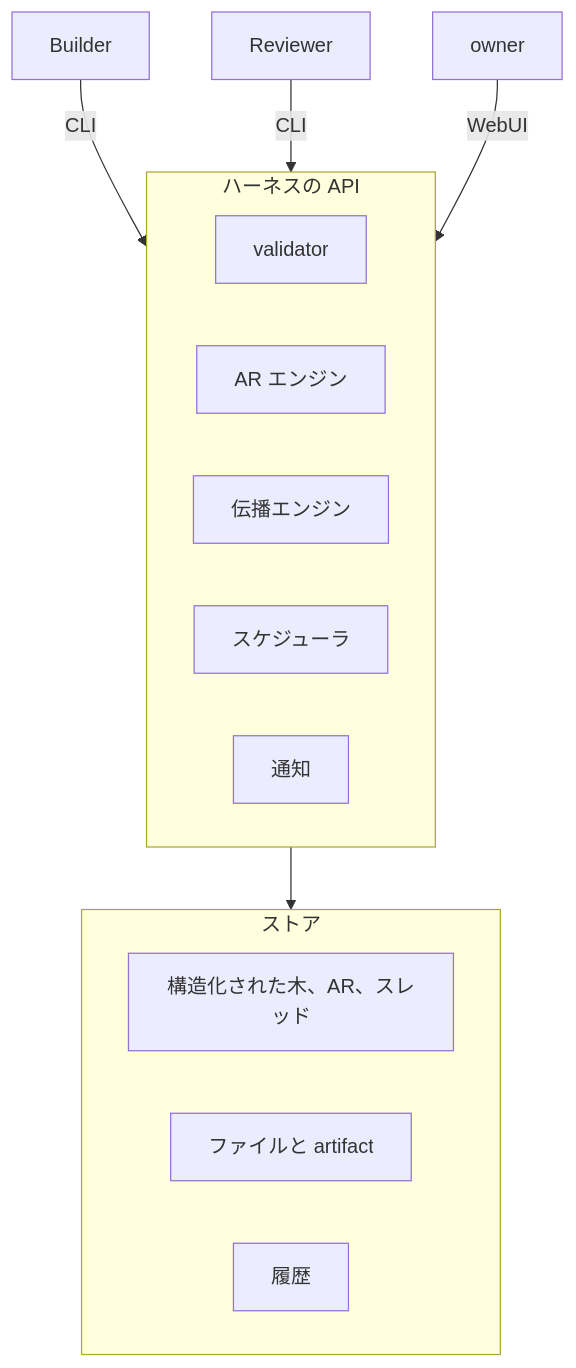
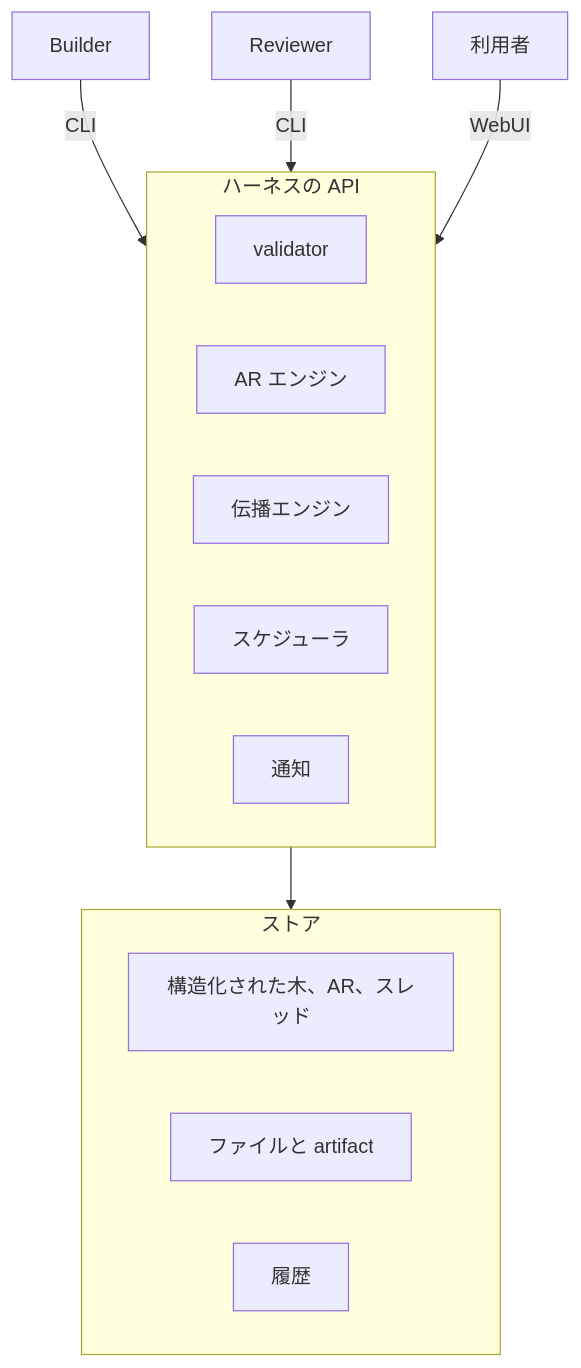
One commit to yamambainc/logiforge changed the diagram in docs/architecture/README.md. Above: the diagram before and after it, drawn with Mermaid. The commit also changed other lines of this file and 25 other files, not shown here.

````diff
--- a/docs/architecture/README.md
+++ b/docs/architecture/README.md
@@ -7,19 +7,19 @@
 ```mermaid
 flowchart TB
   B["Builder"] -- CLI --> API
   R["Reviewer"] -- CLI --> API
-  O["owner"] -- WebUI --> API
+  U["利用者"] -- WebUI --> API
   subgraph API["ハーネスの API"]
     V["validator"]
     AR["AR エンジン"]
     P["伝播エンジン"]
     S["スケジューラ"]
     N["通知"]
   end
   API --> Store
   subgraph Store["ストア"]
     T["構造化された木、AR、スレッド"]
     F["ファイルと artifact"]
     L["履歴"]
   end
 ```
````
